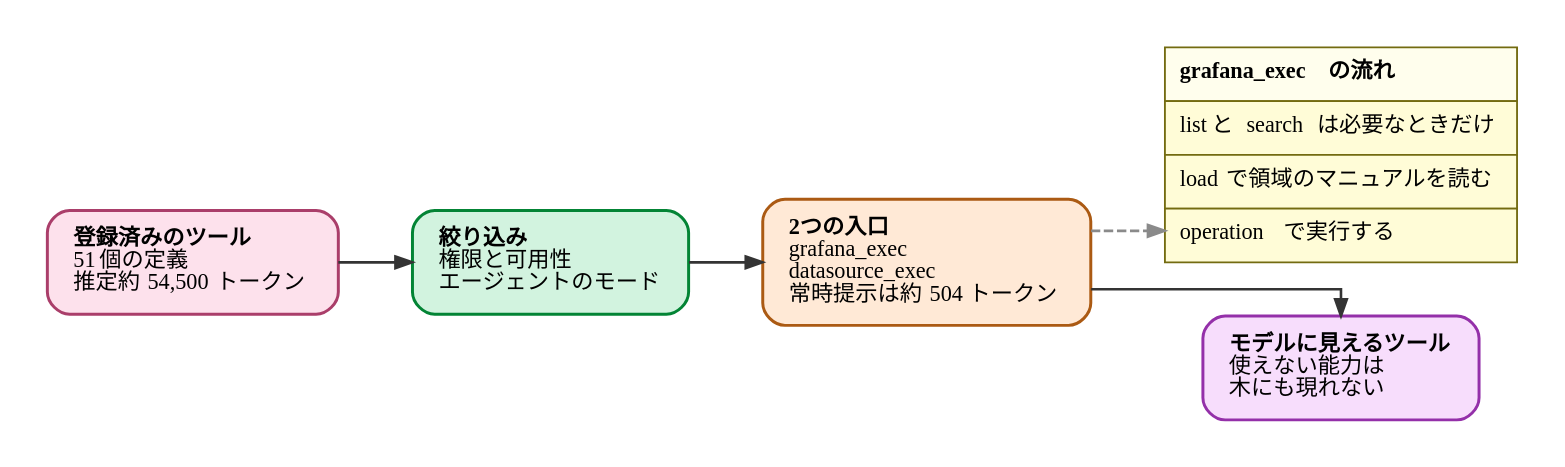
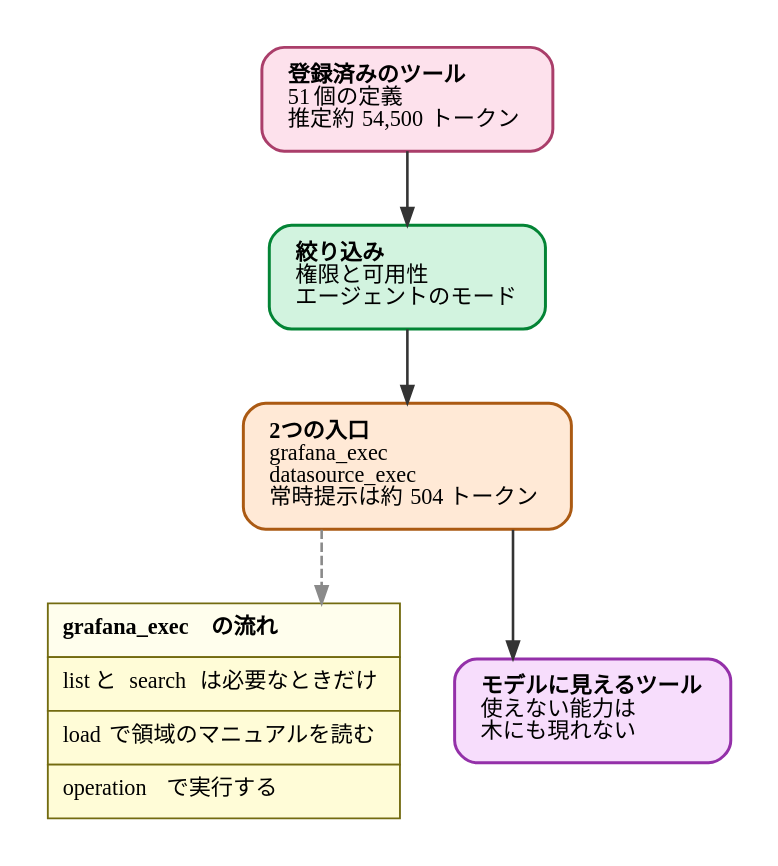
One commit to ymotongpoo/zenn.dev changed the diagram in diagrams/20261002-what-made-agents-better/20261002-tool-facade.dot. Above: the diagram before and after it, drawn with Graphviz. The commit also changed 7 other files, not shown here.

```diff
--- a/diagrams/20261002-what-made-agents-better/20261002-tool-facade.dot
+++ b/diagrams/20261002-what-made-agents-better/20261002-tool-facade.dot
@@ -1,66 +1,69 @@
 // 記事「品質を動かしたのはツールとプロンプトだった」用。
 // 原文の処理順序に従う:
 //   registered tools -> availability and permission filtering
 //   -> current agent-mode filtering -> progressive-discovery facade -> model-visible tools
 // 初版は facade -> commands -> manual -> filtered の順で描いており、
 // 権限検査が最後に来るため本文と矛盾していた（査読 R-02）。
 //
 // 4つのコマンド（list/search/load/operation）は grafana_exec のものであり、
 // datasource_exec は別の構文を持つ。両入口の後ろに同じ4コマンド表を置くと
 // 構文を混同させるので、grafana_exec の側にだけコマンド体系を示す。
+//
+// 縦組み（TB）にする。横組みでは1898px になり、本文幅（約700px）に対して
+// 広すぎて文字が読めない（査読 R-20）。
 digraph tool_facade {
   graph [
     fontname="IBM Plex Sans JP", fontsize=13,
-    rankdir=LR,
+    rankdir=TB,
     compound=true, splines=ortho,
     nodesep=0.4, ranksep=0.55, pad=0.25,
     bgcolor="white", newrank=true
   ];
   node [
     fontname="IBM Plex Sans JP", fontsize=12,
     shape=box, style="rounded,filled",
     fillcolor="#F1F1F1", color="#4A4A4A", penwidth=1.6,
     margin="0.2,0.14"
   ];
   edge [
     fontname="IBM Plex Sans JP", fontsize=11,
     color="#343434", penwidth=1.4, arrowsize=0.9,
     fontcolor="#171717"
   ];
 
   registered [
     fillcolor="#FDE1EC", color="#AA3E6A",
     label=<<b>登録済みのツール</b><br align="left"/><font face="JetBrains Mono">51</font> 個の定義<br align="left"/>推定約 <font face="JetBrains Mono">54,500</font> トークン<br align="left"/>>
   ];
 
   filtering [
     fillcolor="#D2F3DF", color="#038435",
     label=<<b>絞り込み</b><br align="left"/>権限と可用性<br align="left"/>エージェントのモード<br align="left"/>>
   ];
 
   facade [
     fillcolor="#FFE9D6", color="#AB5A13",
     label=<<b>2つの入口</b><br align="left"/><font face="JetBrains Mono">grafana_exec</font><br align="left"/><font face="JetBrains Mono">datasource_exec</font><br align="left"/>常時提示は約 <font face="JetBrains Mono">504</font> トークン<br align="left"/>>
   ];
 
   commands [
     shape=plain, style="",
     label=<
       <table border="0" cellborder="1" cellspacing="0" cellpadding="7" color="#736B10">
         <tr><td align="left" bgcolor="#FFFEED"><b><font face="JetBrains Mono">grafana_exec</font> の流れ</b></td></tr>
         <tr><td align="left" bgcolor="#FFFCD7"><font face="JetBrains Mono">list</font> と <font face="JetBrains Mono">search</font> は必要なときだけ</td></tr>
         <tr><td align="left" bgcolor="#FFFCD7"><font face="JetBrains Mono">load</font> で領域のマニュアルを読む</td></tr>
         <tr><td align="left" bgcolor="#FFFCD7"><font face="JetBrains Mono">operation</font> で実行する</td></tr>
       </table>>
   ];
 
   visible [
     fillcolor="#F7DDFC", color="#9430A9",
     label=<<b>モデルに見えるツール</b><br align="left"/>使えない能力は<br align="left"/>木にも現れない<br align="left"/>>
   ];
 
   registered -> filtering;
   filtering -> facade;
   facade -> visible;
   facade -> commands [style=dashed, color="#8A8A8A"];
 }
```
